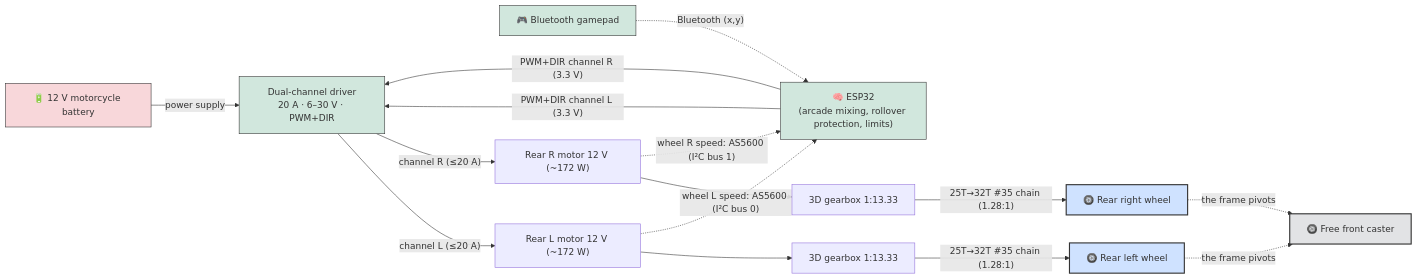
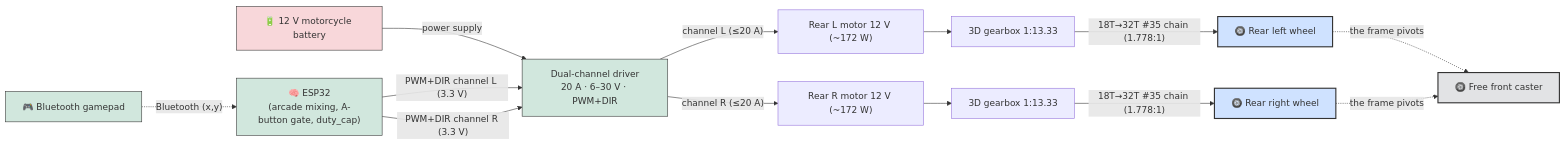
One commit to pinkymaxou/powered-soapbox-car changed the fifth of 9 diagrams in README.md. Above: the diagram before and after it, drawn with Mermaid. The commit also changed other lines of this file and 48 other files, not shown here.

````diff
--- a/README.md
+++ b/README.md
@@ -331,34 +344,32 @@
 ```mermaid
 flowchart LR
     BATT["🔋 12 V motorcycle battery"]
     PAD["🎮 Bluetooth gamepad"]
-    ESP["🧠 ESP32<br/>(arcade mixing, rollover protection, limits)"]
+    ESP["🧠 ESP32<br/>(arcade mixing, A-button gate, duty_cap)"]
     DRV["Dual-channel driver<br/>20 A · 6–30 V · PWM+DIR"]
     M1["Rear L motor 12 V (~172 W)"]
     M2["Rear R motor 12 V (~172 W)"]
     G1["3D gearbox 1:13.33"]
     G2["3D gearbox 1:13.33"]
     R1["🛞 Rear left wheel"]
     R2["🛞 Rear right wheel"]
     CAS["🛞 Free front caster"]
 
     BATT -- "power supply" --> DRV
     PAD -. "Bluetooth (x,y)" .-> ESP
     ESP -- "PWM+DIR channel L (3.3 V)" --> DRV
     ESP -- "PWM+DIR channel R (3.3 V)" --> DRV
-    DRV -- "channel L (≤20 A)" --> M1 --> G1 -- "25T→32T #35 chain (1.28:1)" --> R1
-    DRV -- "channel R (≤20 A)" --> M2 --> G2 -- "25T→32T #35 chain (1.28:1)" --> R2
-    M1 -. "wheel L speed: AS5600 (I²C bus 0)" .-> ESP
-    M2 -. "wheel R speed: AS5600 (I²C bus 1)" .-> ESP
+    DRV -- "channel L (≤20 A)" --> M1 --> G1 -- "18T→32T #35 chain (1.778:1)" --> R1
+    DRV -- "channel R (≤20 A)" --> M2 --> G2 -- "18T→32T #35 chain (1.778:1)" --> R2
     R1 -. "the frame pivots" .-> CAS
     R2 -. "the frame pivots" .-> CAS
 
     classDef pwr fill:#f8d7da,stroke:#333;
     classDef ctrl fill:#d1e7dd,stroke:#333;
     classDef wheel fill:#cfe2ff,stroke:#333,stroke-width:2px;
     classDef caster fill:#e2e3e5,stroke:#333,stroke-width:2px;
     class BATT pwr;
     class ESP,DRV,PAD ctrl;
     class R1,R2 wheel;
     class CAS caster;
 ```
````
